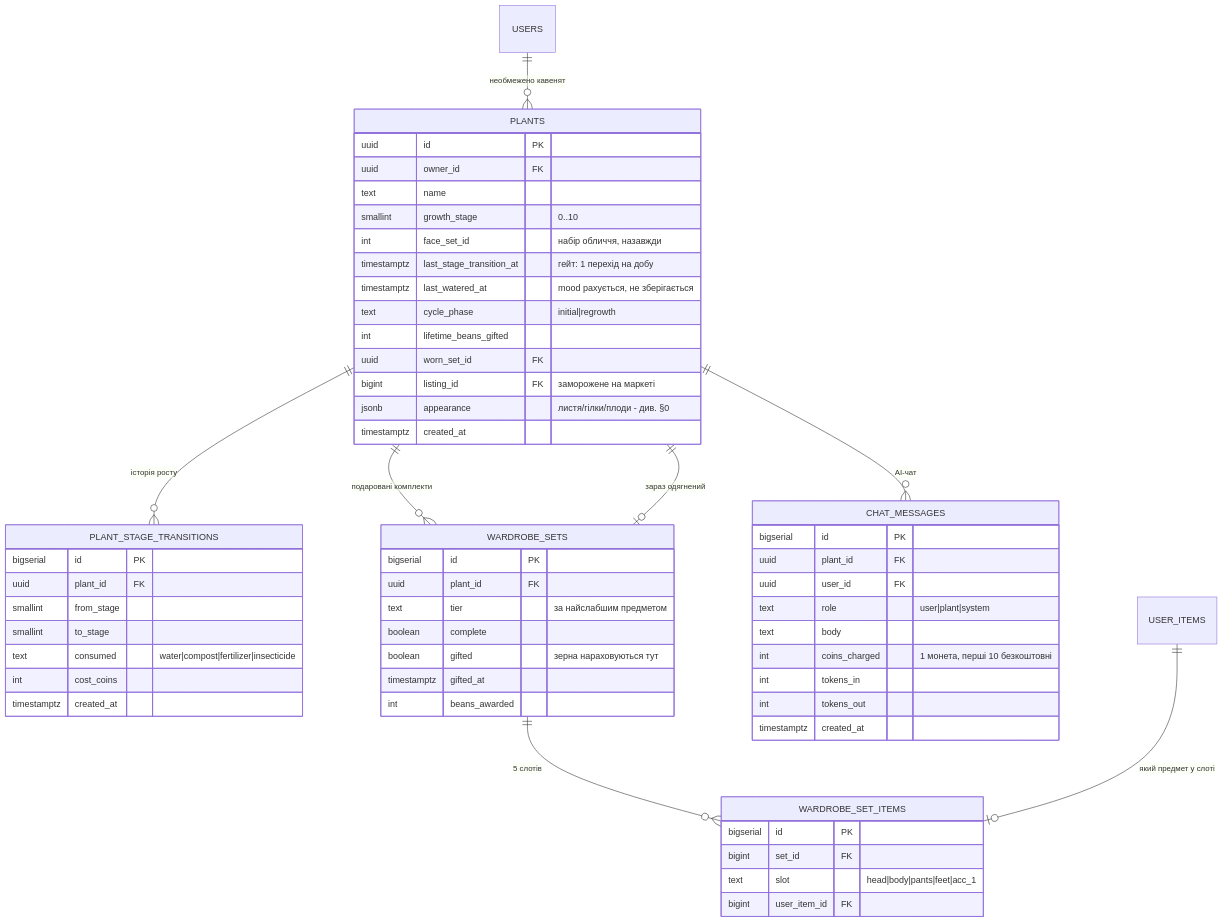
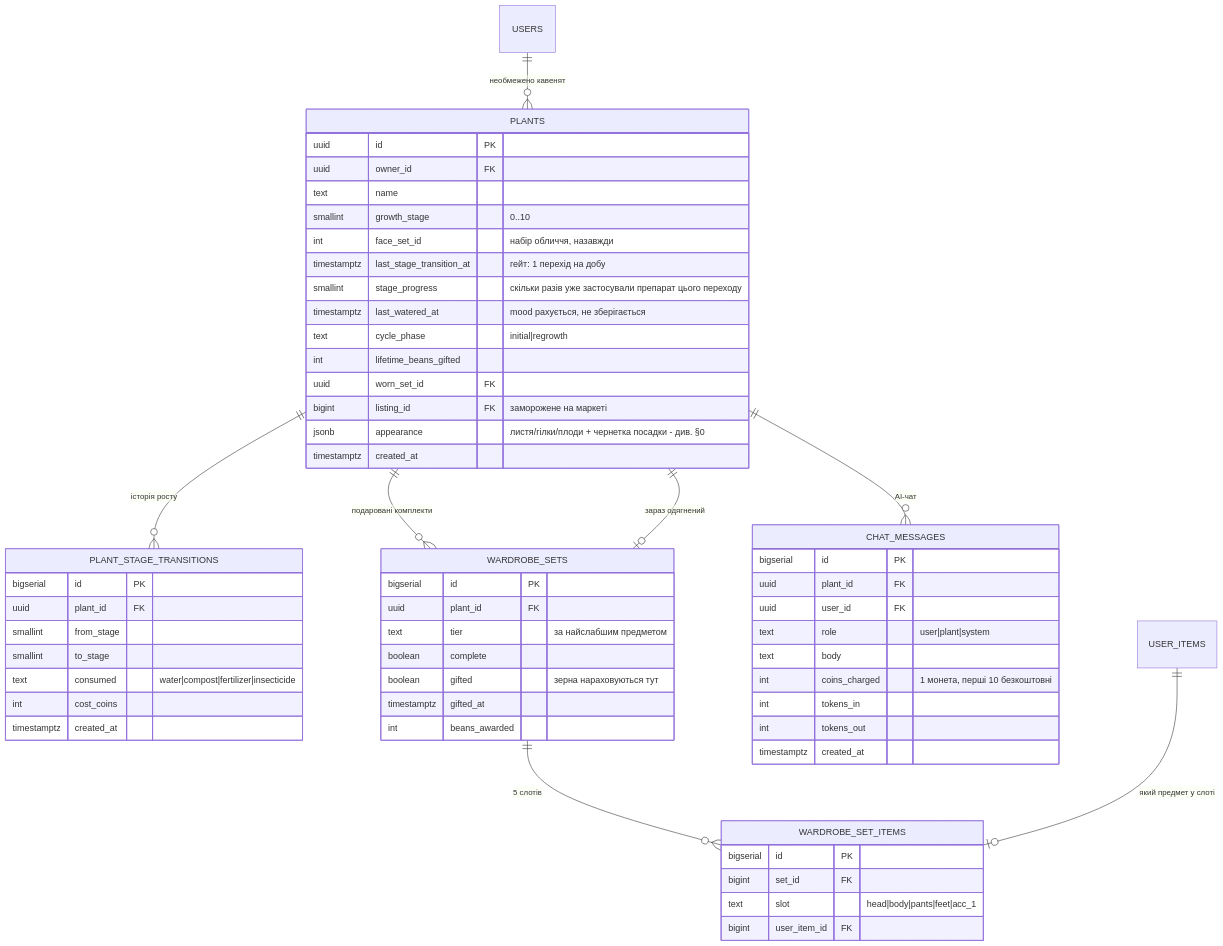
One commit to arsengoian/extrovert.cafe changed the third of 4 diagrams in docs/db-schema.md. Above: the diagram before and after it, drawn with Mermaid. The commit also changed other lines of this file and 27 other files, not shown here.

````diff
--- a/docs/db-schema.md
+++ b/docs/db-schema.md
@@ -479,61 +502,62 @@
 ```mermaid
 erDiagram
     USERS ||--o{ PLANTS : "необмежено кавенят"
     PLANTS ||--o{ PLANT_STAGE_TRANSITIONS : "історія росту"
     PLANTS ||--o{ WARDROBE_SETS : "подаровані комплекти"
     PLANTS ||--o{ CHAT_MESSAGES : "AI-чат"
     WARDROBE_SETS ||--o{ WARDROBE_SET_ITEMS : "5 слотів"
     USER_ITEMS ||--o| WARDROBE_SET_ITEMS : "який предмет у слоті"
     PLANTS ||--o| WARDROBE_SETS : "зараз одягнений"
 
     PLANTS {
         uuid id PK
         uuid owner_id FK
         text name
         smallint growth_stage "0..10"
         int face_set_id "набір обличчя, назавжди"
         timestamptz last_stage_transition_at "гейт: 1 перехід на добу"
+        smallint stage_progress "скільки разів уже застосували препарат цього переходу"
         timestamptz last_watered_at "mood рахується, не зберігається"
         text cycle_phase "initial|regrowth"
         int lifetime_beans_gifted
         uuid worn_set_id FK
         bigint listing_id FK "заморожене на маркеті"
-        jsonb appearance "листя/гілки/плоди - див. §0"
+        jsonb appearance "листя/гілки/плоди + чернетка посадки - див. §0"
         timestamptz created_at
     }
     PLANT_STAGE_TRANSITIONS {
         bigserial id PK
         uuid plant_id FK
         smallint from_stage
         smallint to_stage
         text consumed "water|compost|fertilizer|insecticide"
         int cost_coins
         timestamptz created_at
     }
     WARDROBE_SETS {
         bigserial id PK
         uuid plant_id FK
         text tier "за найслабшим предметом"
         boolean complete
         boolean gifted "зерна нараховуються тут"
         timestamptz gifted_at
         int beans_awarded
     }
     WARDROBE_SET_ITEMS {
         bigserial id PK
         bigint set_id FK
         text slot "head|body|pants|feet|acc_1"
         bigint user_item_id FK
     }
     CHAT_MESSAGES {
         bigserial id PK
         uuid plant_id FK
         uuid user_id FK
         text role "user|plant|system"
         text body
         int coins_charged "1 монета, перші 10 безкоштовні"
         int tokens_in
         int tokens_out
         timestamptz created_at
     }
 ```
````
